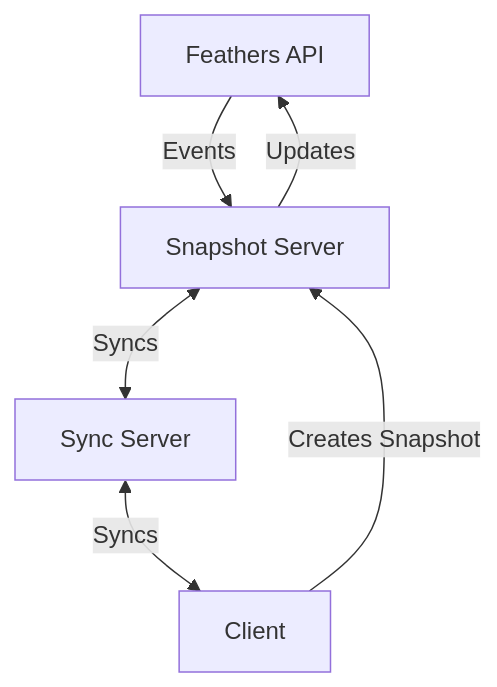
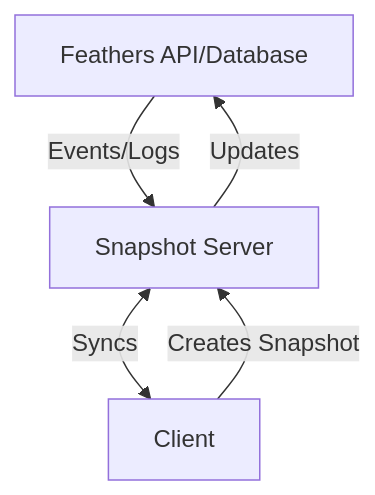
Before and after one commit to kalisio/offline-sync: the diagram in README.md, drawn with Mermaid. The commit also changed other lines of this file, not shown here.

Commit message:
docs: Add further context

````diff
--- a/README.md
+++ b/README.md
@@ -11,8 +11,7 @@
 ```mermaid
 graph TD
-  FA[Feathers API] -->|Events| SN[Snapshot Server]
-  SN <-->|Syncs| AS[Sync Server]
+  FA[Feathers API/Database] -->|Events/Logs| SN[Snapshot Server]
+  SN <-->|Syncs| C1
   C1[Client] -->|Creates Snapshot| SN
-  AS <-->|Syncs| C1
   SN --> |Updates| FA
 ```
````
